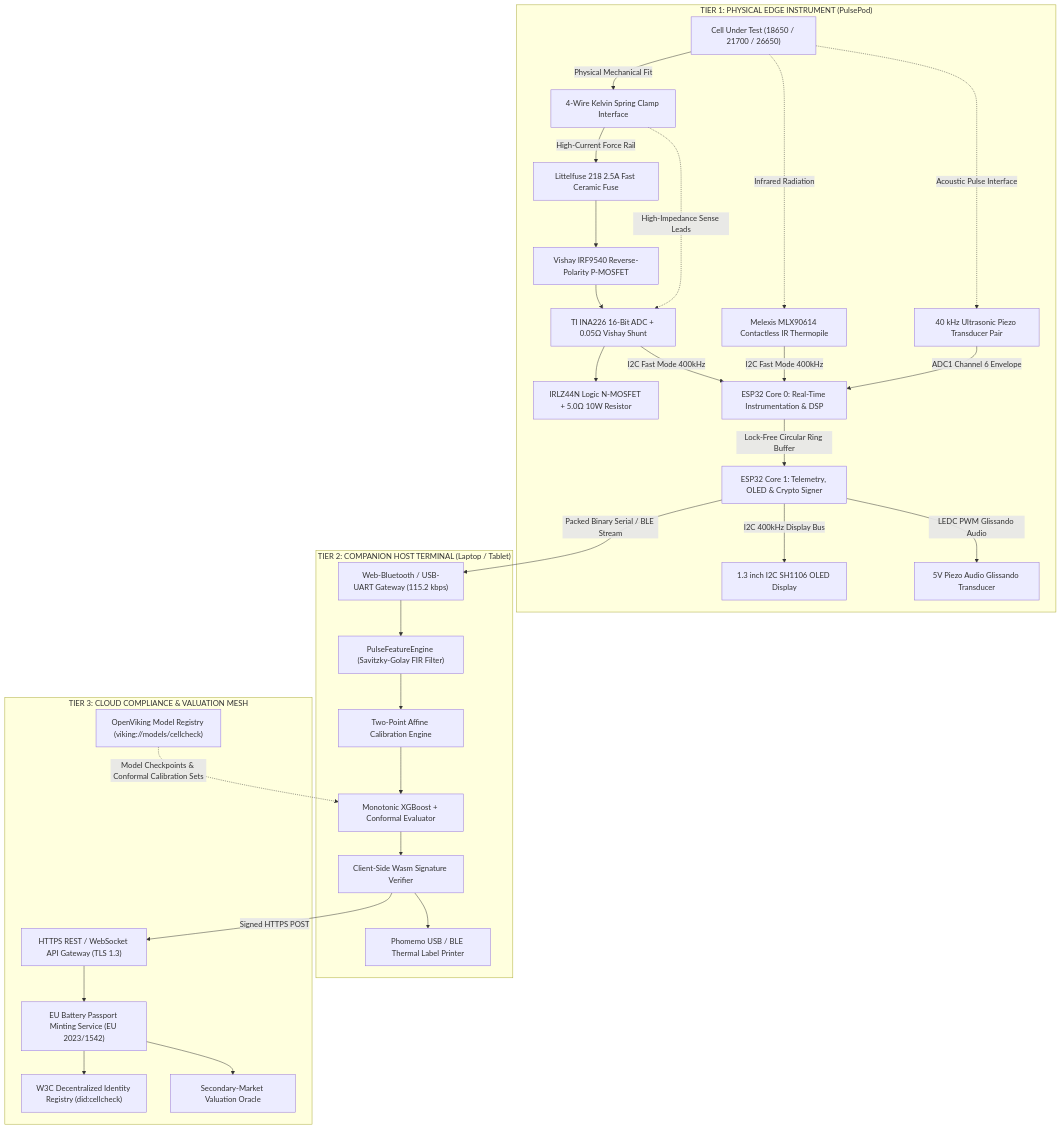
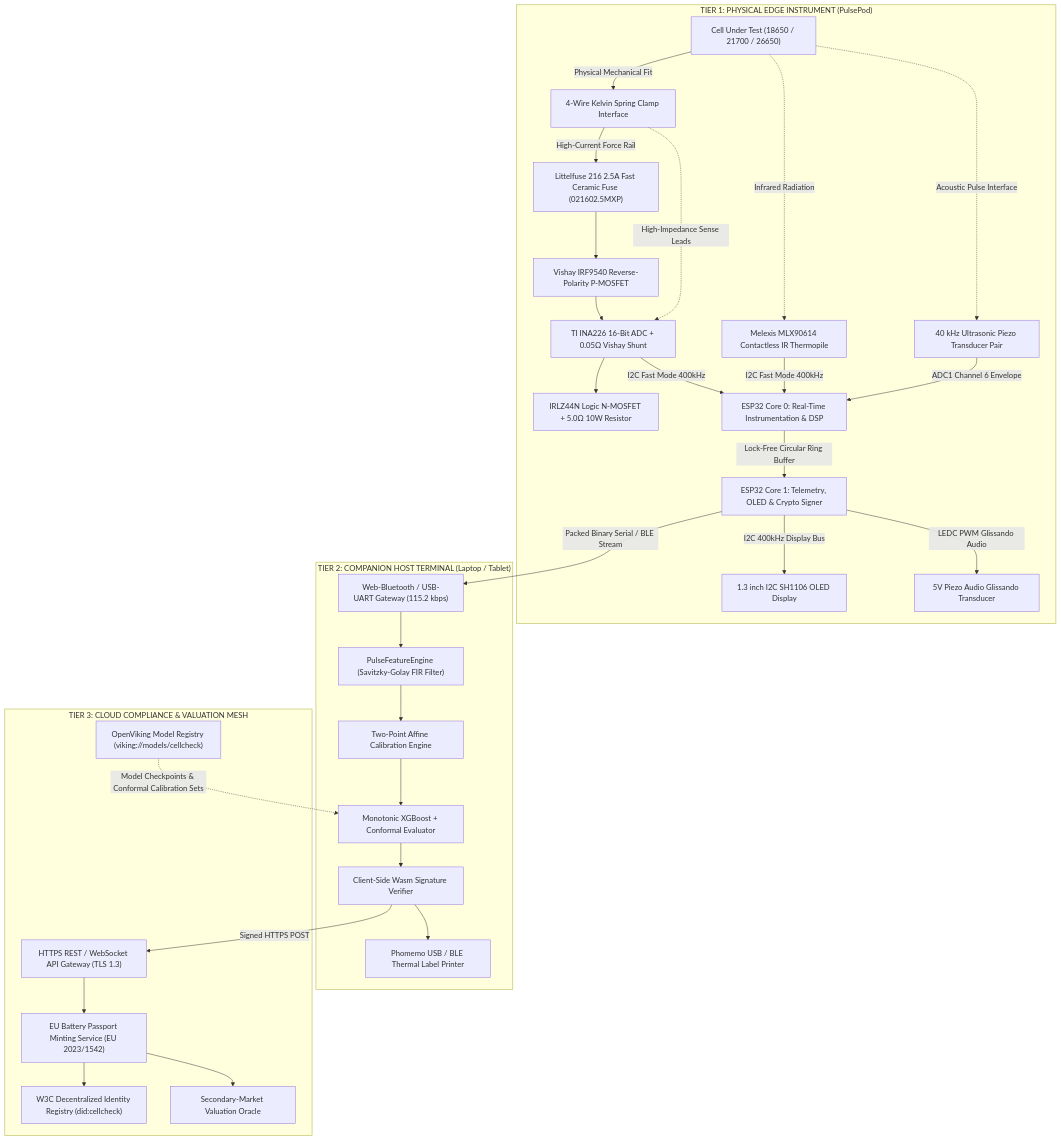
The first of 2 diagrams in .spec/Architecture.md (usmedishetty/Battery-cell), drawn with Mermaid before and after one commit. The commit also changed other lines of this file and 8 other files, not shown here.

````diff
--- a/.spec/Architecture.md
+++ b/.spec/Architecture.md
@@ -12,62 +12,62 @@
 ```mermaid
 graph TD
     subgraph EdgeInstrument ["TIER 1: PHYSICAL EDGE INSTRUMENT (PulsePod)"]
         Cell["Cell Under Test (18650 / 21700 / 26650)"]
         Kelvin["4-Wire Kelvin Spring Clamp Interface"]
-        Fuse["Littelfuse 218 2.5A Fast Ceramic Fuse"]
+        Fuse["Littelfuse 216 2.5A Fast Ceramic Fuse (021602.5MXP)"]
         PFET["Vishay IRF9540 Reverse-Polarity P-MOSFET"]
         INA["TI INA226 16-Bit ADC + 0.05Ω Vishay Shunt"]
         LoadCircuit["IRLZ44N Logic N-MOSFET + 5.0Ω 10W Resistor"]
         ThermalSens["Melexis MLX90614 Contactless IR Thermopile"]
         UltraSens["40 kHz Ultrasonic Piezo Transducer Pair"]
         Core0["ESP32 Core 0: Real-Time Instrumentation & DSP"]
         Core1["ESP32 Core 1: Telemetry, OLED & Crypto Signer"]
         OLED["1.3 inch I2C SH1106 OLED Display"]
         Buzzer["5V Piezo Audio Glissando Transducer"]
 
         Cell -->|Physical Mechanical Fit| Kelvin
         Kelvin -->|High-Current Force Rail| Fuse
         Fuse --> PFET --> INA --> LoadCircuit
         Kelvin -.->|High-Impedance Sense Leads| INA
         Cell -.->|Infrared Radiation| ThermalSens
         Cell -.->|Acoustic Pulse Interface| UltraSens
 
         INA -->|I2C Fast Mode 400kHz| Core0
         ThermalSens -->|I2C Fast Mode 400kHz| Core0
         UltraSens -->|ADC1 Channel 6 Envelope| Core0
 
         Core0 -->|Lock-Free Circular Ring Buffer| Core1
         Core1 -->|I2C 400kHz Display Bus| OLED
         Core1 -->|LEDC PWM Glissando Audio| Buzzer
     end
 
     subgraph CompanionHost ["TIER 2: COMPANION HOST TERMINAL (Laptop / Tablet)"]
         CommInterface["Web-Bluetooth / USB-UART Gateway (115.2 kbps)"]
         VectorEngine["PulseFeatureEngine (Savitzky-Golay FIR Filter)"]
         AffineCal["Two-Point Affine Calibration Engine"]
         ConformalML["Monotonic XGBoost + Conformal Evaluator"]
         WasmVerifier["Client-Side Wasm Signature Verifier"]
         ThermalPrinter["Phomemo USB / BLE Thermal Label Printer"]
 
         Core1 -->|Packed Binary Serial / BLE Stream| CommInterface
         CommInterface --> VectorEngine
         VectorEngine --> AffineCal
         AffineCal --> ConformalML
         ConformalML --> WasmVerifier
         WasmVerifier --> ThermalPrinter
     end
 
     subgraph CloudMesh ["TIER 3: CLOUD COMPLIANCE & VALUATION MESH"]
         APIGw["HTTPS REST / WebSocket API Gateway (TLS 1.3)"]
         PassportService["EU Battery Passport Minting Service (EU 2023/1542)"]
         ModelRegistry["OpenViking Model Registry (viking://models/cellcheck)"]
         DIDLedger["W3C Decentralized Identity Registry (did:cellcheck)"]
         ValuationDB["Secondary-Market Valuation Oracle"]
 
         WasmVerifier -->|Signed HTTPS POST| APIGw
         APIGw --> PassportService
         PassportService --> DIDLedger
         PassportService --> ValuationDB
         ModelRegistry -.->|Model Checkpoints & Conformal Calibration Sets| ConformalML
     end
 ```
````
